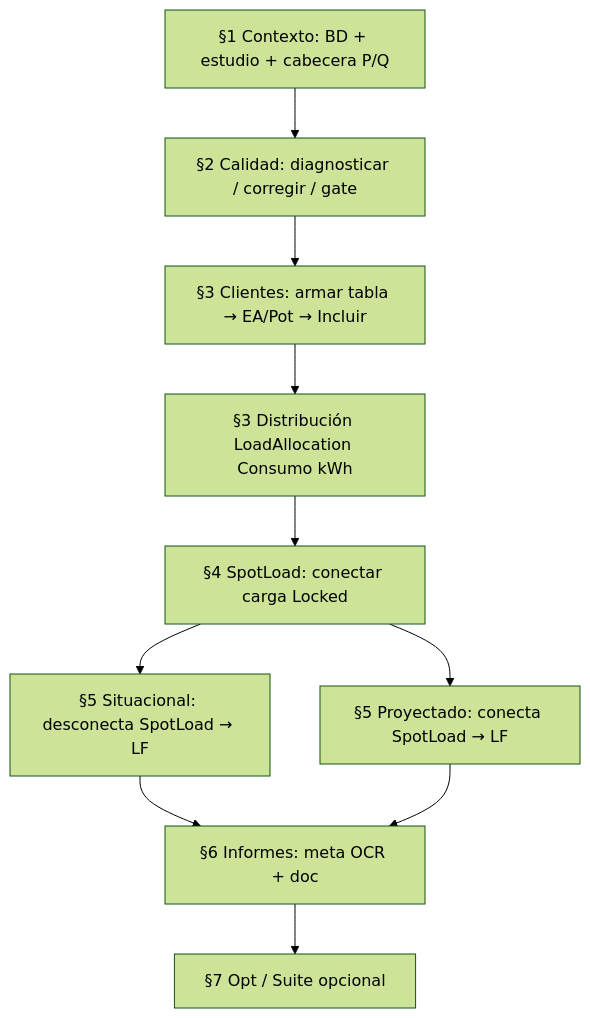
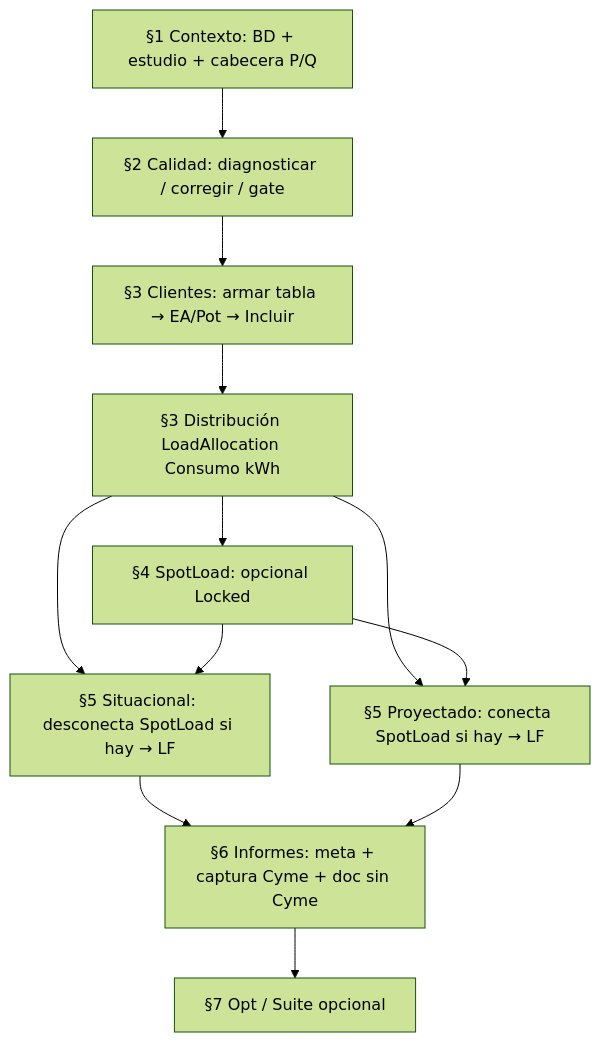
One commit to Mac-Tapia/RECYM changed the diagram in docs/FLUJO_TRABAJO.md. Above: the diagram before and after it, drawn with Mermaid (forest theme). The commit also changed other lines of this file and 26 other files, not shown here.

````diff
--- a/docs/FLUJO_TRABAJO.md
+++ b/docs/FLUJO_TRABAJO.md
@@ -11,12 +11,14 @@
 ```mermaid
 flowchart TD
   A[§1 Contexto: BD + estudio + cabecera P/Q] --> B[§2 Calidad: diagnosticar / corregir / gate]
   B --> C[§3 Clientes: armar tabla → EA/Pot → Incluir]
   C --> D[§3 Distribución LoadAllocation Consumo kWh]
-  D --> E[§4 SpotLoad: conectar carga Locked]
-  E --> F1[§5 Situacional: desconecta SpotLoad → LF]
-  E --> F2[§5 Proyectado: conecta SpotLoad → LF]
-  F1 --> G[§6 Informes: meta OCR + doc]
+  D --> E[§4 SpotLoad: opcional Locked]
+  D --> F1[§5 Situacional: desconecta SpotLoad si hay → LF]
+  D --> F2[§5 Proyectado: conecta SpotLoad si hay → LF]
+  E --> F1
+  E --> F2
+  F1 --> G[§6 Informes: meta + captura Cyme + doc sin Cyme]
   F2 --> G
   G --> H[§7 Opt / Suite opcional]
 ```
````
